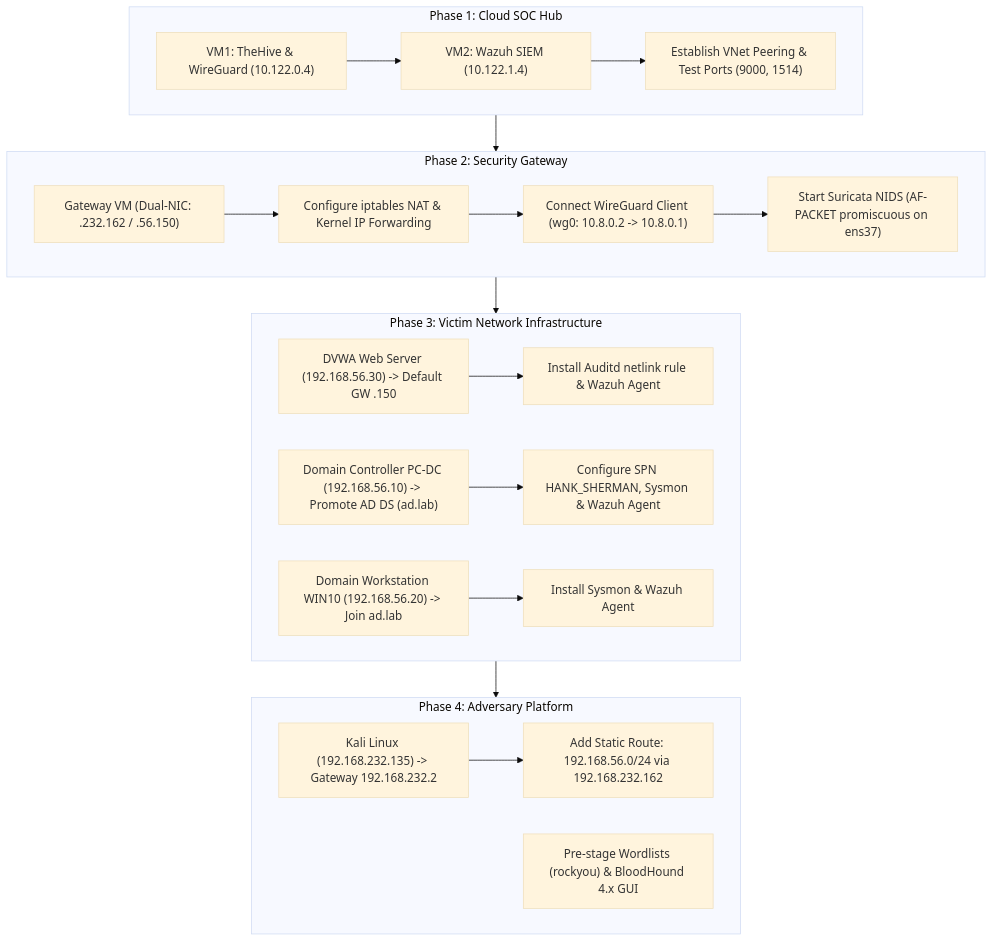
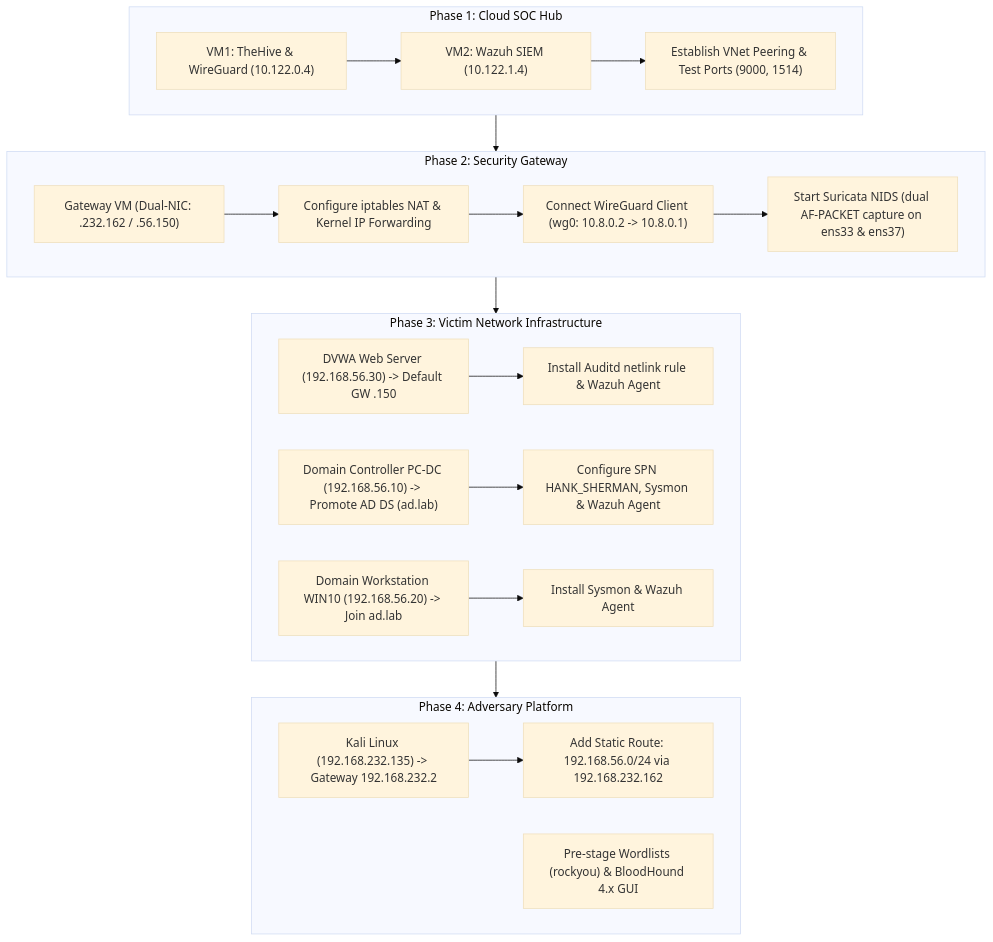
The diagram in 01-Lab-Setup/README.md (EclipseManic/SOC-Lab), drawn with Mermaid (base theme) before and after one commit. The commit also changed other lines of this file and 37 other files, not shown here.

Commit message:
fix: reconcile Hydra and SUID references across all files, document dual-capture accounting, update reading path, and mark sections 04-05 as draft

````diff
--- a/01-Lab-Setup/README.md
+++ b/01-Lab-Setup/README.md
@@ -207,26 +207,26 @@
 ```mermaid
 flowchart TD
     subgraph Phase1["Phase 1: Cloud SOC Hub"]
         P1A["VM1: TheHive & WireGuard (10.122.0.4)"] --> P1B["VM2: Wazuh SIEM (10.122.1.4)"]
         P1B --> P1C["Establish VNet Peering & Test Ports (9000, 1514)"]
     end
 
     subgraph Phase2["Phase 2: Security Gateway"]
         P2A["Gateway VM (Dual-NIC: .232.162 / .56.150)"] --> P2B["Configure iptables NAT & Kernel IP Forwarding"]
         P2B --> P2C["Connect WireGuard Client (wg0: 10.8.0.2 -> 10.8.0.1)"]
-        P2C --> P2D["Start Suricata NIDS (AF-PACKET promiscuous on ens37)"]
+        P2C --> P2D["Start Suricata NIDS (dual AF-PACKET capture on ens33 & ens37)"]
     end
 
     subgraph Phase3["Phase 3: Victim Network Infrastructure"]
         P3A["DVWA Web Server (192.168.56.30) -> Default GW .150"] --> P3B["Install Auditd netlink rule & Wazuh Agent"]
         P3C["Domain Controller PC-DC (192.168.56.10) -> Promote AD DS (ad.lab)"] --> P3D["Configure SPN HANK_SHERMAN, Sysmon & Wazuh Agent"]
         P3E["Domain Workstation WIN10 (192.168.56.20) -> Join ad.lab"] --> P3F["Install Sysmon & Wazuh Agent"]
     end
 
     subgraph Phase4["Phase 4: Adversary Platform"]
         P4A["Kali Linux (192.168.232.135) -> Gateway 192.168.232.2"] --> P4B["Add Static Route: 192.168.56.0/24 via 192.168.232.162"]
         P4C["Pre-stage Wordlists (rockyou) & BloodHound 4.x GUI"]
     end
 
     Phase1 --> Phase2 --> Phase3 --> Phase4
 ```
````
